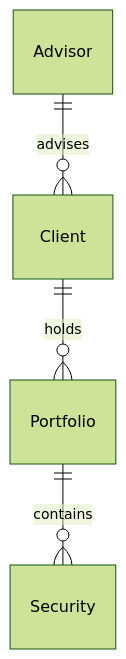
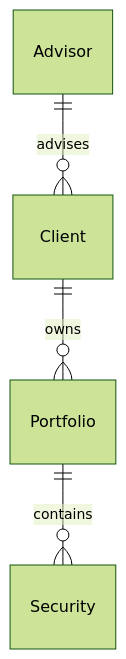
Before and after one commit to ik123a/wells-fargo-task-2: the diagram in README.md, drawn with Mermaid (forest theme). The commit also changed other lines of this file, not shown here.

````diff
--- a/README.md
+++ b/README.md
@@ -115,6 +7,6 @@
 ```mermaid
 erDiagram
-    Client ||--o{ Portfolio : holds
+    Advisor ||--o{ Client : advises
+    Client ||--o{ Portfolio : owns
     Portfolio ||--o{ Security : contains
-    Advisor ||--o{ Client : advises
 ```
````
